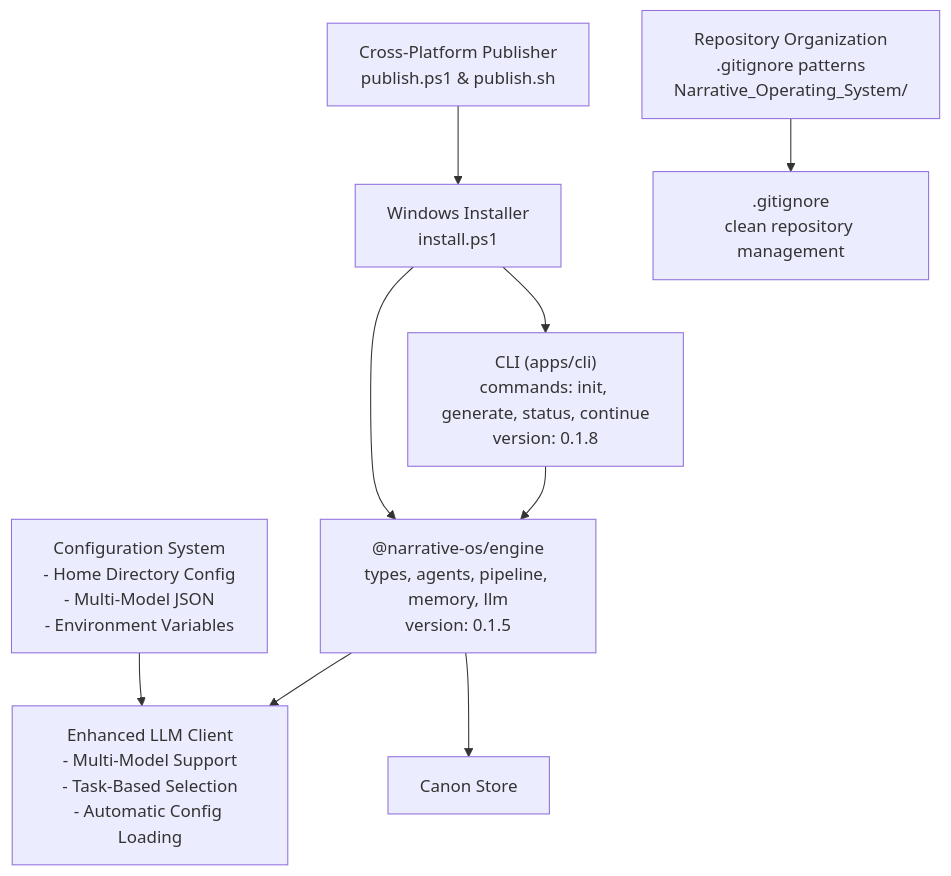
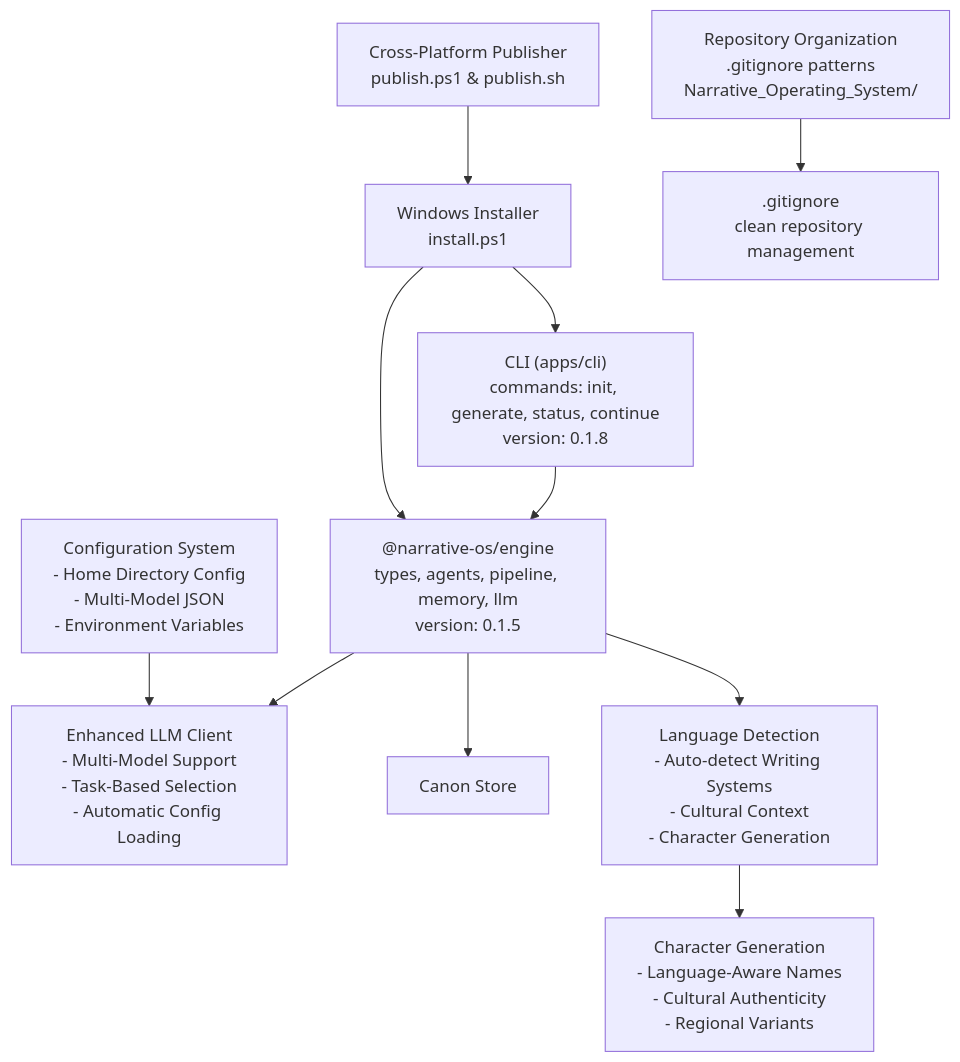
The second of 13 diagrams in .qoder/repowiki/en/content/Development and Contributing.md (liwonder/NARRITIVE_OS), drawn with Mermaid before and after one commit. The commit also changed other lines of this file and 10 other files, not shown here.

Commit message:
can generate the character names

````diff
--- a/.qoder/repowiki/en/content/Development and Contributing.md
+++ b/.qoder/repowiki/en/content/Development and Contributing.md
@@ -127,19 +147,23 @@
 ```mermaid
 graph TB
 CLI["CLI (apps/cli)<br/>commands: init, generate, status, continue<br/>version: 0.1.8"]
 ENGINE["@narrative-os/engine<br/>types, agents, pipeline, memory, llm<br/>version: 0.1.5"]
 LLM["Enhanced LLM Client<br/>- Multi-Model Support<br/>- Task-Based Selection<br/>- Automatic Config Loading"]
 STORE["Canon Store"]
 INSTALL["Windows Installer<br/>install.ps1"]
 PUBLISH["Cross-Platform Publisher<br/>publish.ps1 & publish.sh"]
 REPO["Repository Organization<br/>.gitignore patterns<br/>Narrative_Operating_System/"]
 CONFIG["Configuration System<br/>- Home Directory Config<br/>- Multi-Model JSON<br/>- Environment Variables"]
+LANG_DETECTION["Language Detection<br/>- Auto-detect Writing Systems<br/>- Cultural Context<br/>- Character Generation"]
+CHAR_GEN["Character Generation<br/>- Language-Aware Names<br/>- Cultural Authenticity<br/>- Regional Variants"]
 CLI --> ENGINE
 ENGINE --> LLM
 ENGINE --> STORE
+ENGINE --> LANG_DETECTION
+LANG_DETECTION --> CHAR_GEN
 INSTALL --> CLI
 INSTALL --> ENGINE
 PUBLISH --> INSTALL
 REPO --> GITIGNORE[".gitignore<br/>clean repository management"]
 CONFIG --> LLM
 ```
````
